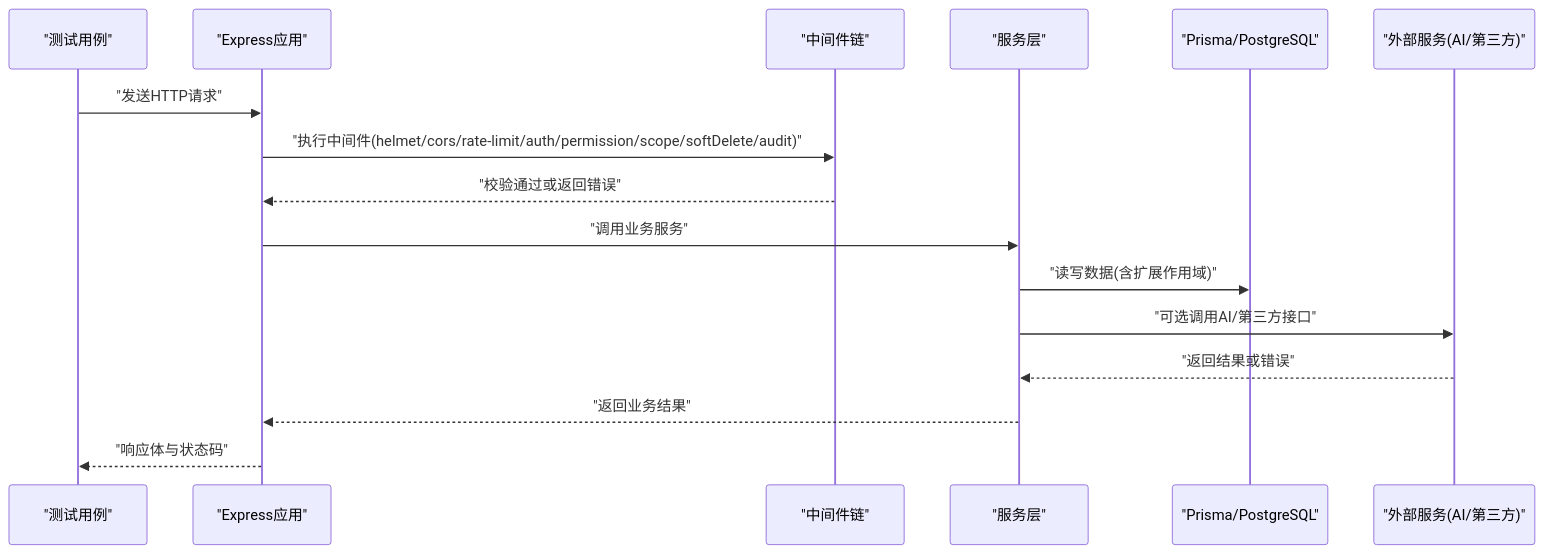
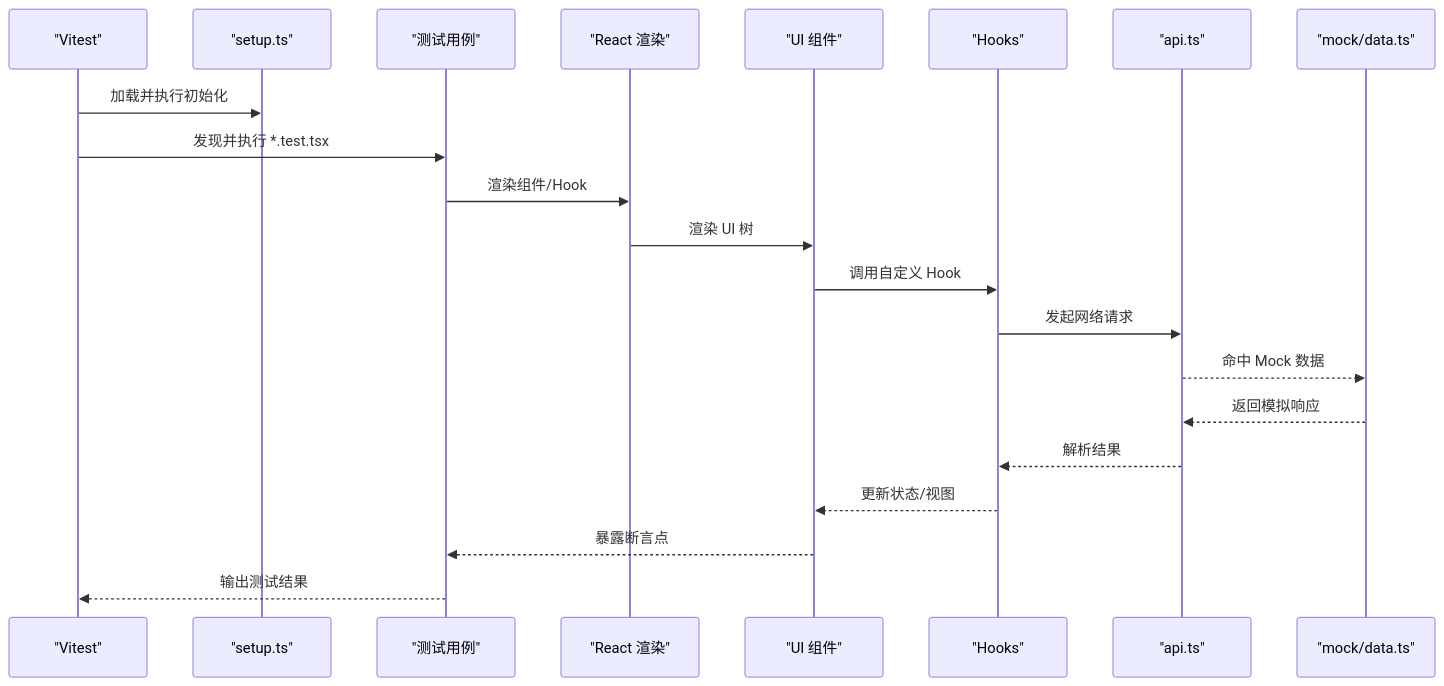
Before and after one commit to Damao997/newproject: the second of 3 diagrams in .qoder/repowiki/zh/content/测试策略/测试策略.md, drawn with Mermaid. The commit also changed other lines of this file and 391 other files, not shown here.

````diff
--- a/.qoder/repowiki/zh/content/测试策略/测试策略.md
+++ b/.qoder/repowiki/zh/content/测试策略/测试策略.md
@@ -147,18 +105,23 @@
 ```mermaid
 sequenceDiagram
-participant Test as "测试用例"
-participant App as "Express应用"
-participant MW as "中间件链"
-participant Svc as "服务层"
-participant DB as "Prisma/PostgreSQL"
-participant Ext as "外部服务(AI/第三方)"
-Test->>App : "发送HTTP请求"
-App->>MW : "执行中间件(helmet/cors/rate-limit/auth/permission/scope/softDelete/audit)"
-MW-->>App : "校验通过或返回错误"
-App->>Svc : "调用业务服务"
-Svc->>DB : "读写数据(含扩展作用域)"
-Svc->>Ext : "可选调用AI/第三方接口"
-Ext-->>Svc : "返回结果或错误"
-Svc-->>App : "返回业务结果"
-App-->>Test : "响应体与状态码"
+participant V as "Vitest"
+participant S as "setup.ts"
+participant T as "测试用例"
+participant R as "React 渲染"
+participant U as "UI 组件"
+participant H as "Hooks"
+participant A as "api.ts"
+participant M as "mock/data.ts"
+V->>S : 加载并执行初始化
+V->>T : 发现并执行 *.test.tsx
+T->>R : 渲染组件/Hook
+R->>U : 渲染 UI 树
+U->>H : 调用自定义 Hook
+H->>A : 发起网络请求
+A-->>M : 命中 Mock 数据
+M-->>A : 返回模拟响应
+A-->>H : 解析结果
+H-->>U : 更新状态/视图
+U-->>T : 暴露断言点
+T-->>V : 输出测试结果
 ```
````
